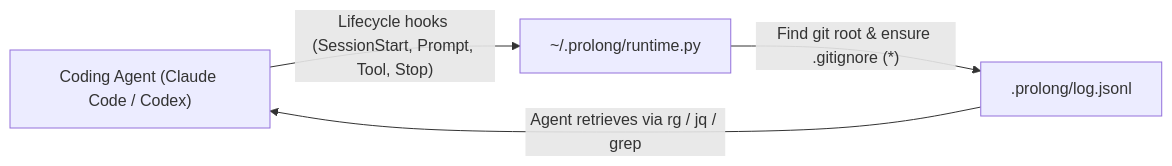
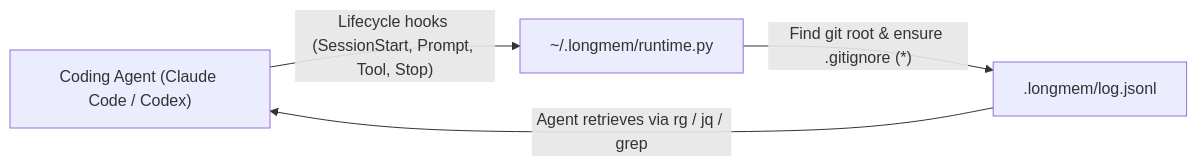
The diagram in README.md (sercant/longmem), drawn with Mermaid before and after one commit. The commit also changed other lines of this file and 22 other files, not shown here.

First line of the commit message:
refactor: rename prolong to longmem

````diff
--- a/README.md
+++ b/README.md
@@ -80,6 +80,6 @@
 ```mermaid
 flowchart LR
-    Agent["Coding Agent (Claude Code / Codex)"] -->|"Lifecycle hooks (SessionStart, Prompt, Tool, Stop)"| Runtime["~/.prolong/runtime.py"]
-    Runtime -->|"Find git root & ensure .gitignore (*)"| Log[".prolong/log.jsonl"]
+    Agent["Coding Agent (Claude Code / Codex)"] -->|"Lifecycle hooks (SessionStart, Prompt, Tool, Stop)"| Runtime["~/.longmem/runtime.py"]
+    Runtime -->|"Find git root & ensure .gitignore (*)"| Log[".longmem/log.jsonl"]
     Log -->|"Agent retrieves via rg / jq / grep"| Agent
 ```
````
